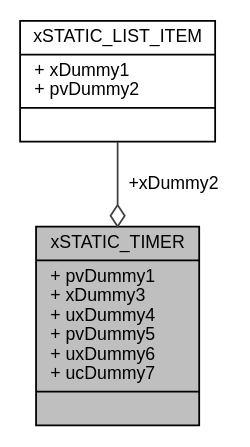
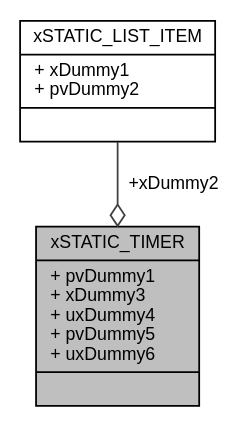
The diagram in structx_s_t_a_t_i_c___t_i_m_e_r__coll__graph.dot (RoboJackets/mtrain-firmware), drawn with Graphviz before and after one commit. The commit also changed 3751 other files, not shown here.

```diff
--- a/structx_s_t_a_t_i_c___t_i_m_e_r__coll__graph.dot
+++ b/structx_s_t_a_t_i_c___t_i_m_e_r__coll__graph.dot
@@ -1,8 +1,8 @@
 digraph "xSTATIC_TIMER"
 {
   edge [fontname="Helvetica",fontsize="10",labelfontname="Helvetica",labelfontsize="10"];
   node [fontname="Helvetica",fontsize="10",shape=record];
-  Node1 [label="{xSTATIC_TIMER\n|+ pvDummy1\l+ xDummy3\l+ uxDummy4\l+ pvDummy5\l+ uxDummy6\l+ ucDummy7\l|}",height=0.2,width=0.4,color="black", fillcolor="grey75", style="filled", fontcolor="black"];
+  Node1 [label="{xSTATIC_TIMER\n|+ pvDummy1\l+ xDummy3\l+ uxDummy4\l+ pvDummy5\l+ uxDummy6\l|}",height=0.2,width=0.4,color="black", fillcolor="grey75", style="filled", fontcolor="black"];
   Node2 -> Node1 [color="grey25",fontsize="10",style="solid",label=" +xDummy2" ,arrowhead="odiamond",fontname="Helvetica"];
   Node2 [label="{xSTATIC_LIST_ITEM\n|+ xDummy1\l+ pvDummy2\l|}",height=0.2,width=0.4,color="black", fillcolor="white", style="filled",URL="$structx_s_t_a_t_i_c___l_i_s_t___i_t_e_m.html"];
 }
```
